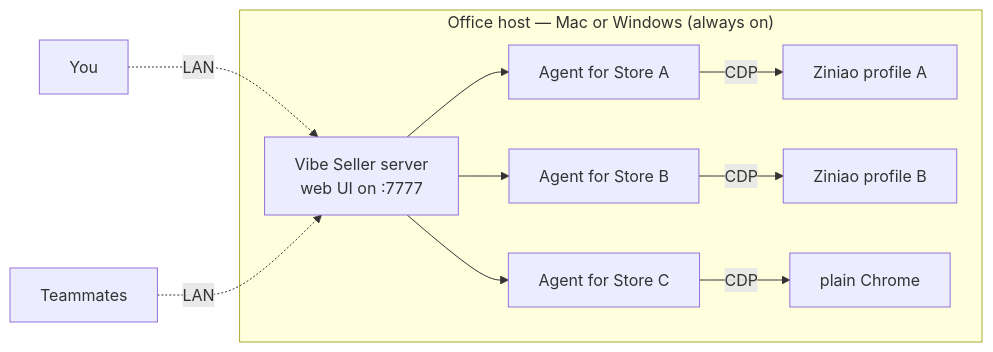
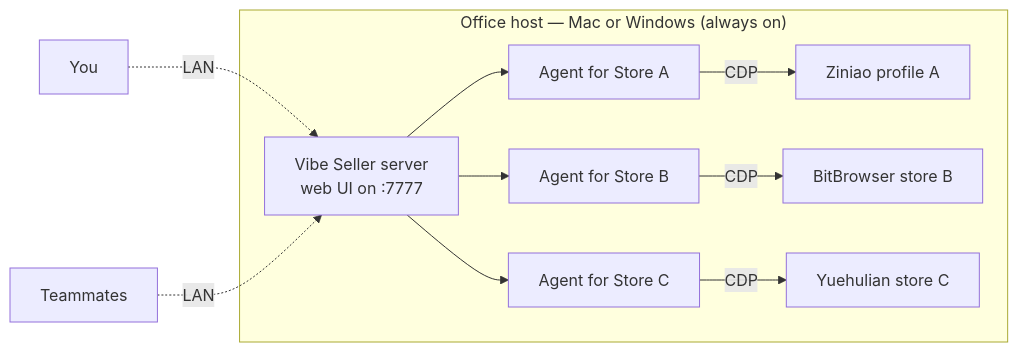
Before and after one commit to zpoint/vibe-seller: the diagram in README_en.md, drawn with Mermaid. The commit also changed other lines of this file and 3 other files, not shown here.

First line of the commit message:
docs: the README shows several store browsers, not just Ziniao (#328)

````diff
--- a/README_en.md
+++ b/README_en.md
@@ -49,14 +49,14 @@
 ```mermaid
 flowchart LR
     U1[You] -.LAN.-> S
     U2[Teammates] -.LAN.-> S
     subgraph OfficeHost["Office host — Mac or Windows (always on)"]
         S[Vibe Seller server<br/>web UI on :7777]
         S --> A1[Agent for Store A]
         S --> A2[Agent for Store B]
         S --> A3[Agent for Store C]
         A1 -->|CDP| Z1[Ziniao profile A]
-        A2 -->|CDP| Z2[Ziniao profile B]
-        A3 -->|CDP| Z3[plain Chrome]
+        A2 -->|CDP| Z2[BitBrowser store B]
+        A3 -->|CDP| Z3[Yuehulian store C]
     end
 ```
````
